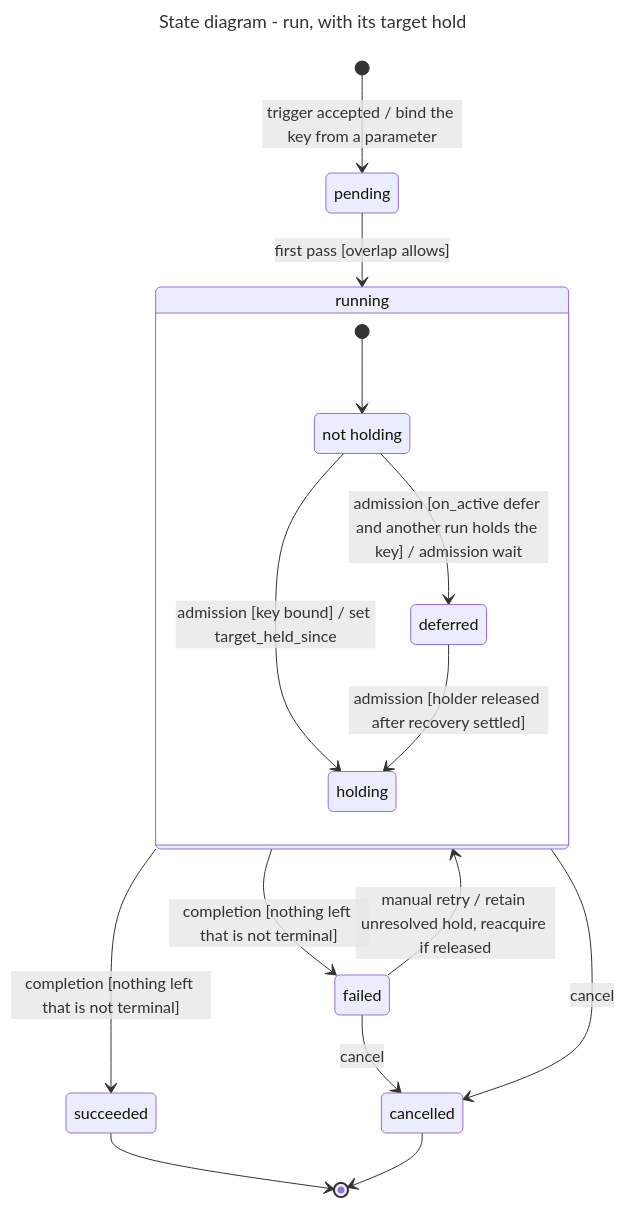
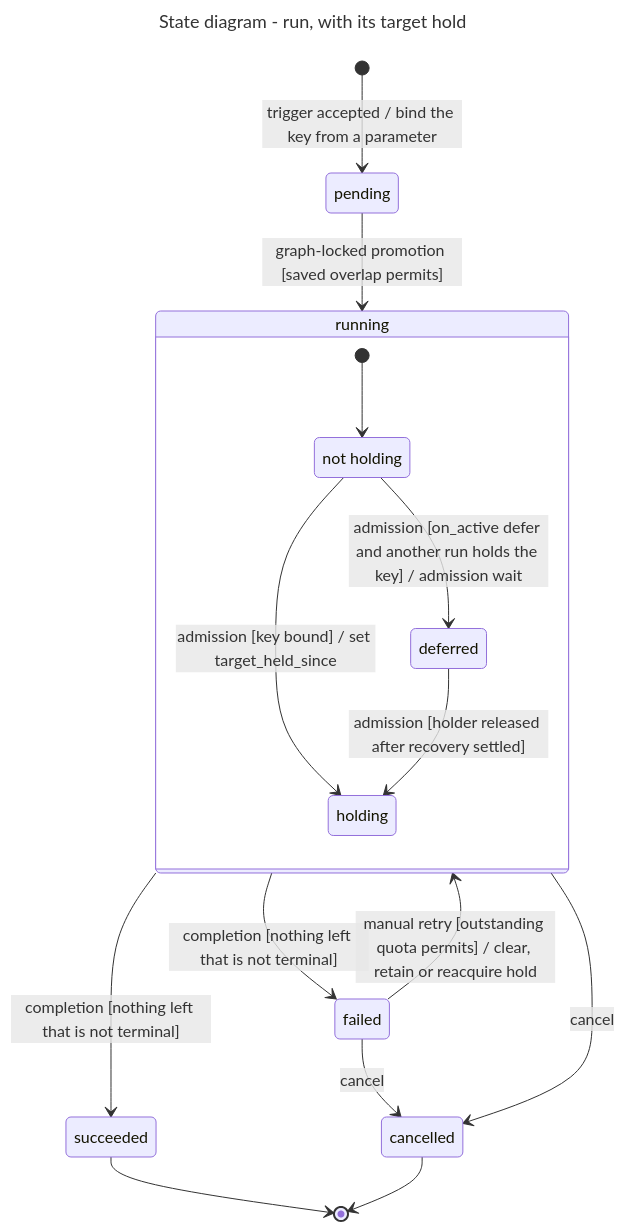
One commit to klukashka/kora changed diagram 17 of 24 in knowledge/architecture/internals.md. Above: the diagram before and after it, drawn with Mermaid. The commit also changed other lines of this file and 14 other files, not shown here.

First line of the commit message:
docs: separate run acceptance from execution capacity (#62)

````diff
--- a/knowledge/architecture/internals.md
+++ b/knowledge/architecture/internals.md
@@ -976,26 +976,26 @@
 ```mermaid
 ---
 title: State diagram - run, with its target hold
 ---
 stateDiagram-v2
   accTitle: Run states with the target hold
-  accDescr: A run is created pending when a trigger is accepted, with its target key bound if it comes from a parameter. The first pass makes it running, unless queue overlap keeps it pending. While running it does not hold its target until admission admits an attempt under a bound key, which sets target_held_since, under defer, while another run holds the key, it waits at admission first. When nothing is left that is not terminal the completion pass ends the run as succeeded or failed, a cancel cancels it. Leaving running releases the hold only after execution and publication recovery is settled. A cancelled run may retain an acquired hold. Manual retry retains an unresolved hold, after a settled release it takes the hold at next admission. A failed run can also be cancelled.
+  accDescr: A run is created pending when a trigger is accepted, with its target key bound if it comes from a parameter. Graph-serialized promotion makes it running; queue waits for no running graph run and chooses the oldest pending run. Pending and running contribute to outstanding acceptance but only non-terminal physical attempts reserve execution capacity. While running it does not hold its target until admission admits an attempt under a bound key, which sets target_held_since, under defer, while another run holds the key, it waits at admission first. When nothing is left that is not terminal the completion pass ends the run as succeeded or failed, a cancel cancels it. Leaving running releases the hold only after execution and publication recovery is settled. A cancelled run may retain an acquired hold. Manual retry retains an unresolved hold; after settled release it first reacquires outstanding acceptance before clear effects and takes the hold at next physical admission. A failed run can also be cancelled.
   [*] --> pending: trigger accepted / bind the key from a parameter
-  pending --> running: first pass [overlap allows]
+  pending --> running: graph-locked promotion [saved overlap permits]
   state running {
     state "not holding" as unheld
     state "deferred" as deferred
     state "holding" as holding
     [*] --> unheld
     unheld --> holding: admission [key bound] / set target_held_since
     unheld --> deferred: admission [on_active defer and another run holds the key] / admission wait
     deferred --> holding: admission [holder released after recovery settled]
   }
   running --> succeeded: completion [nothing left that is not terminal]
   running --> failed: completion [nothing left that is not terminal]
   running --> cancelled: cancel
-  failed --> running: manual retry / retain unresolved hold, reacquire if released
+  failed --> running: manual retry [outstanding quota permits] / clear, retain or reacquire hold
   failed --> cancelled: cancel
   succeeded --> [*]
   cancelled --> [*]
 ```
````
